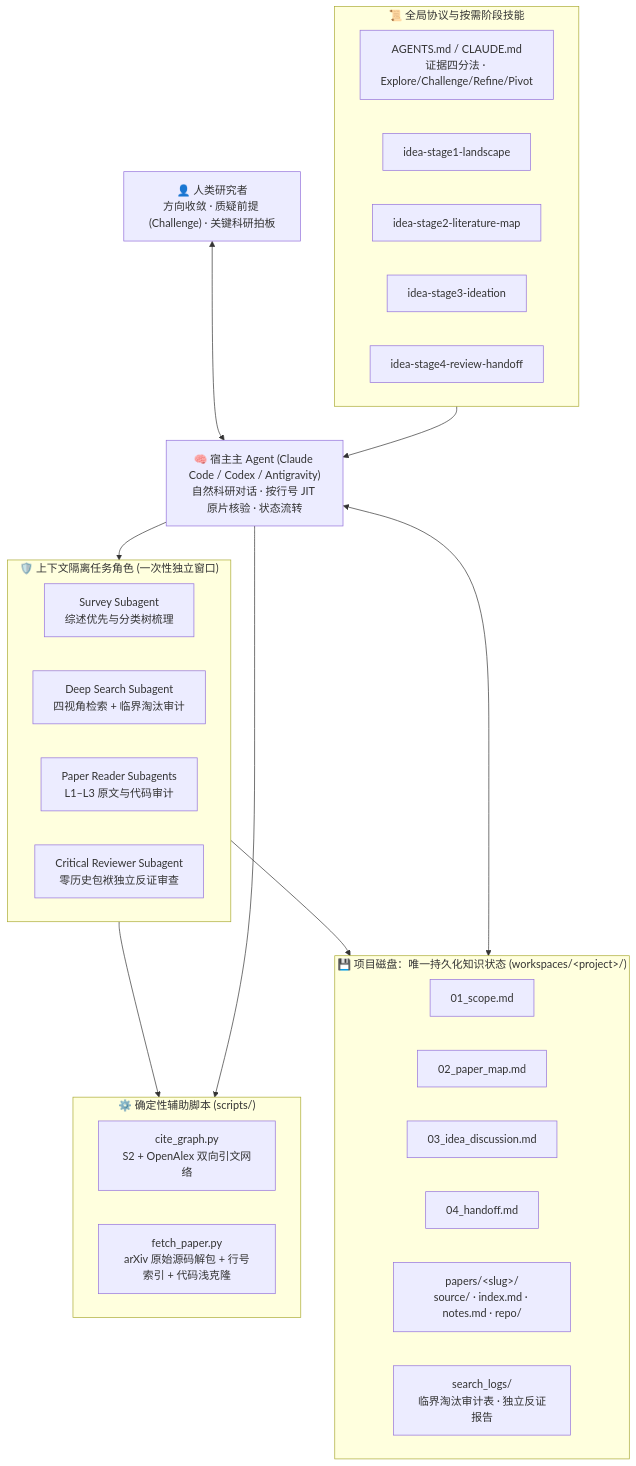
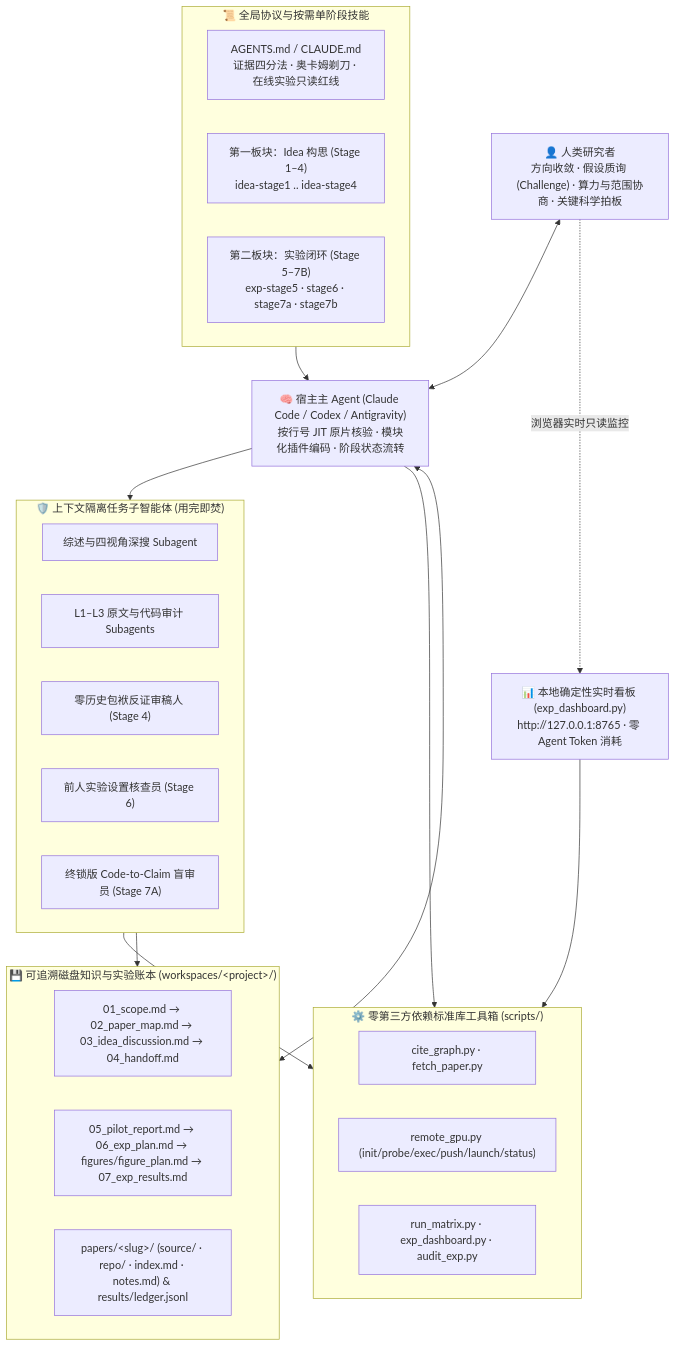
Before and after one commit to legend91019/ResearchFlow: the diagram in docs/README_CN.md, drawn with Mermaid. The commit also changed other lines of this file and 14 other files, not shown here.

Commit message:
feat(v0.3.1): harden Stage 6-7B conventions, 4D preflight, live Kanban dashboard & bilingual docs

````diff
--- a/docs/README_CN.md
+++ b/docs/README_CN.md
@@ -71,42 +78,42 @@
 ```mermaid
 flowchart TB
-    Human["👤 人类研究者<br/>方向收敛 · 质疑前提 (Challenge) · 关键科研拍板"]
-    Host["🧠 宿主主 Agent (Claude Code / Codex / Antigravity)<br/>自然科研对话 · 按行号 JIT 原片核验 · 状态流转"]
+    Human["👤 人类研究者<br/>方向收敛 · 假设质询 (Challenge) · 算力与范围协商 · 关键科学拍板"]
+    Host["🧠 宿主主 Agent (Claude Code / Codex / Antigravity)<br/>按行号 JIT 原片核验 · 模块化插件编码 · 阶段状态流转"]
+    Kanban["📊 本地确定性实时看板 (exp_dashboard.py)<br/>http://127.0.0.1:8765 · 零 Agent Token 消耗"]
 
-    subgraph Protocol["📜 全局协议与按需阶段技能"]
-        Constitution["AGENTS.md / CLAUDE.md<br/>证据四分法 · Explore/Challenge/Refine/Pivot"]
-        S1["idea-stage1-landscape"]
-        S2["idea-stage2-literature-map"]
-        S3["idea-stage3-ideation"]
-        S4["idea-stage4-review-handoff"]
+    subgraph Protocol["📜 全局协议与按需单阶段技能"]
+        Const["AGENTS.md / CLAUDE.md<br/>证据四分法 · 奥卡姆剃刀 · 在线实验只读红线"]
+        P1["第一板块：Idea 构思 (Stage 1–4)<br/>idea-stage1 .. idea-stage4"]
+        P2["第二板块：实验闭环 (Stage 5–7B)<br/>exp-stage5 · stage6 · stage7a · stage7b"]
     end
 
-    subgraph Subagents["🛡️ 上下文隔离任务角色 (一次性独立窗口)"]
-        SubSurvey["Survey Subagent<br/>综述优先与分类树梳理"]
-        SubDeep["Deep Search Subagent<br/>四视角检索 + 临界淘汰审计"]
-        SubReader["Paper Reader Subagents<br/>L1–L3 原文与代码审计"]
-        SubCritic["Critical Reviewer Subagent<br/>零历史包袱独立反证审查"]
+    subgraph Subagents["🛡️ 上下文隔离任务子智能体 (用完即焚)"]
+        Sub1["综述与四视角深搜 Subagent"]
+        Sub2["L1–L3 原文与代码审计 Subagents"]
+        Sub3["零历史包袱反证审稿人 (Stage 4)"]
+        Sub4["前人实验设置核查员 (Stage 6)"]
+        Sub5["终锁版 Code-to-Claim 盲审员 (Stage 7A)"]
     end
 
-    subgraph Tools["⚙️ 确定性辅助脚本 (scripts/)"]
-        CiteGraph["cite_graph.py<br/>S2 + OpenAlex 双向引文网络"]
-        FetchPaper["fetch_paper.py<br/>arXiv 原始源码解包 + 行号索引 + 代码浅克隆"]
+    subgraph Tools["⚙️ 零第三方依赖标准库工具箱 (scripts/)"]
+        T1["cite_graph.py · fetch_paper.py"]
+        T2["remote_gpu.py (init/probe/exec/push/launch/status)"]
+        T3["run_matrix.py · exp_dashboard.py · audit_exp.py"]
     end
 
-    subgraph Disk["💾 项目磁盘：唯一持久化知识状态 (workspaces/&lt;project&gt;/)"]
-        F1["01_scope.md"]
-        F2["02_paper_map.md"]
-        F3["03_idea_discussion.md"]
-        F4["04_handoff.md"]
-        Papers["papers/&lt;slug&gt;/<br/>source/ · index.md · notes.md · repo/"]
-        Logs["search_logs/<br/>临界淘汰审计表 · 独立反证报告"]
+    subgraph Disk["💾 可追溯磁盘知识与实验账本 (workspaces/&lt;project&gt;/)"]
+        D1["01_scope.md → 02_paper_map.md → 03_idea_discussion.md → 04_handoff.md"]
+        D2["05_pilot_report.md → 06_exp_plan.md → figures/figure_plan.md → 07_exp_results.md"]
+        D3["papers/&lt;slug&gt;/ (source/ · repo/ · index.md · notes.md) &amp; results/ledger.jsonl"]
     end
 
     Human <--> Host
+    Human -.->|"浏览器实时只读监控"| Kanban
     Protocol --> Host
     Host --> Subagents
     Subagents --> Tools
     Host --> Tools
+    Kanban --> Tools
     Subagents --> Disk
     Host <--> Disk
 ```
````
